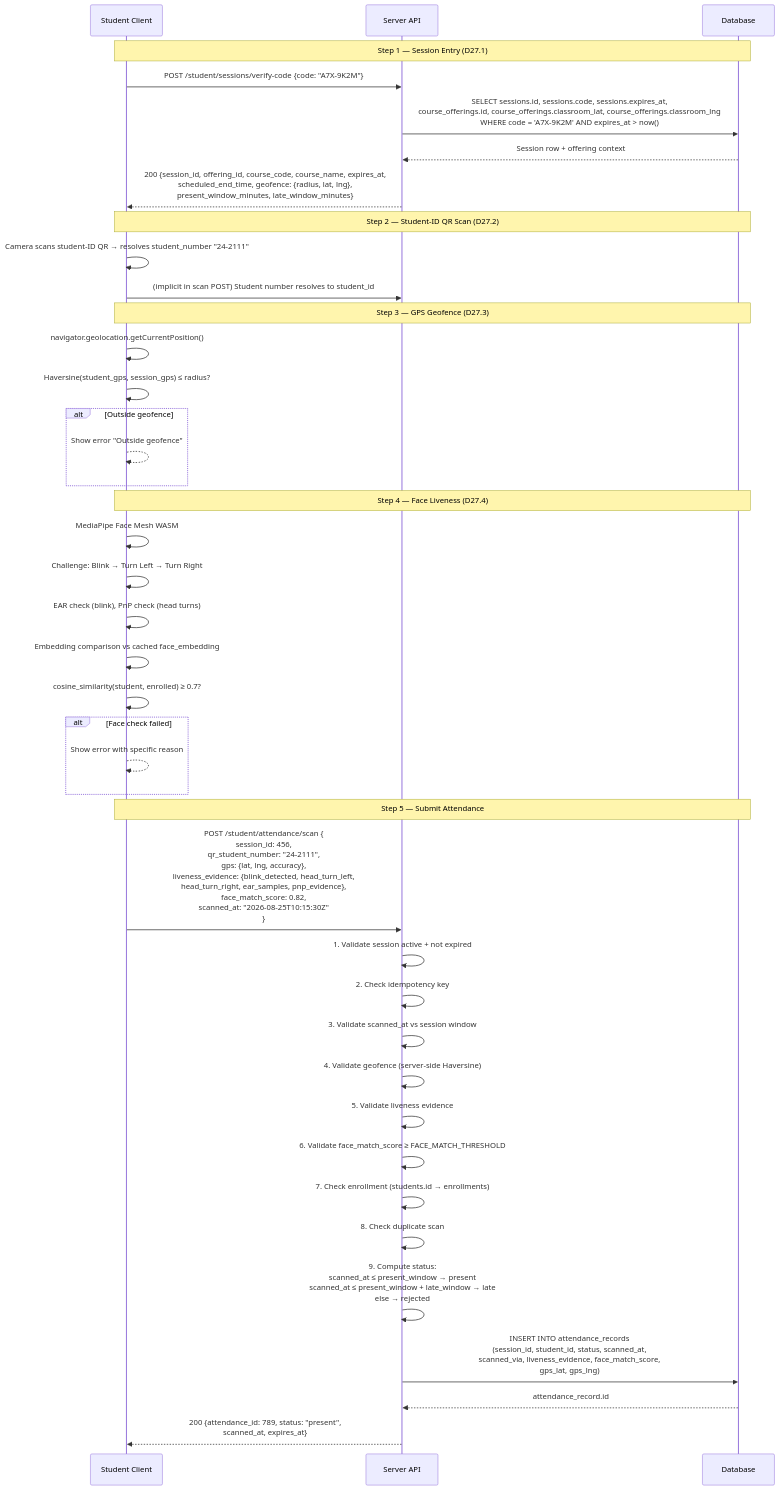
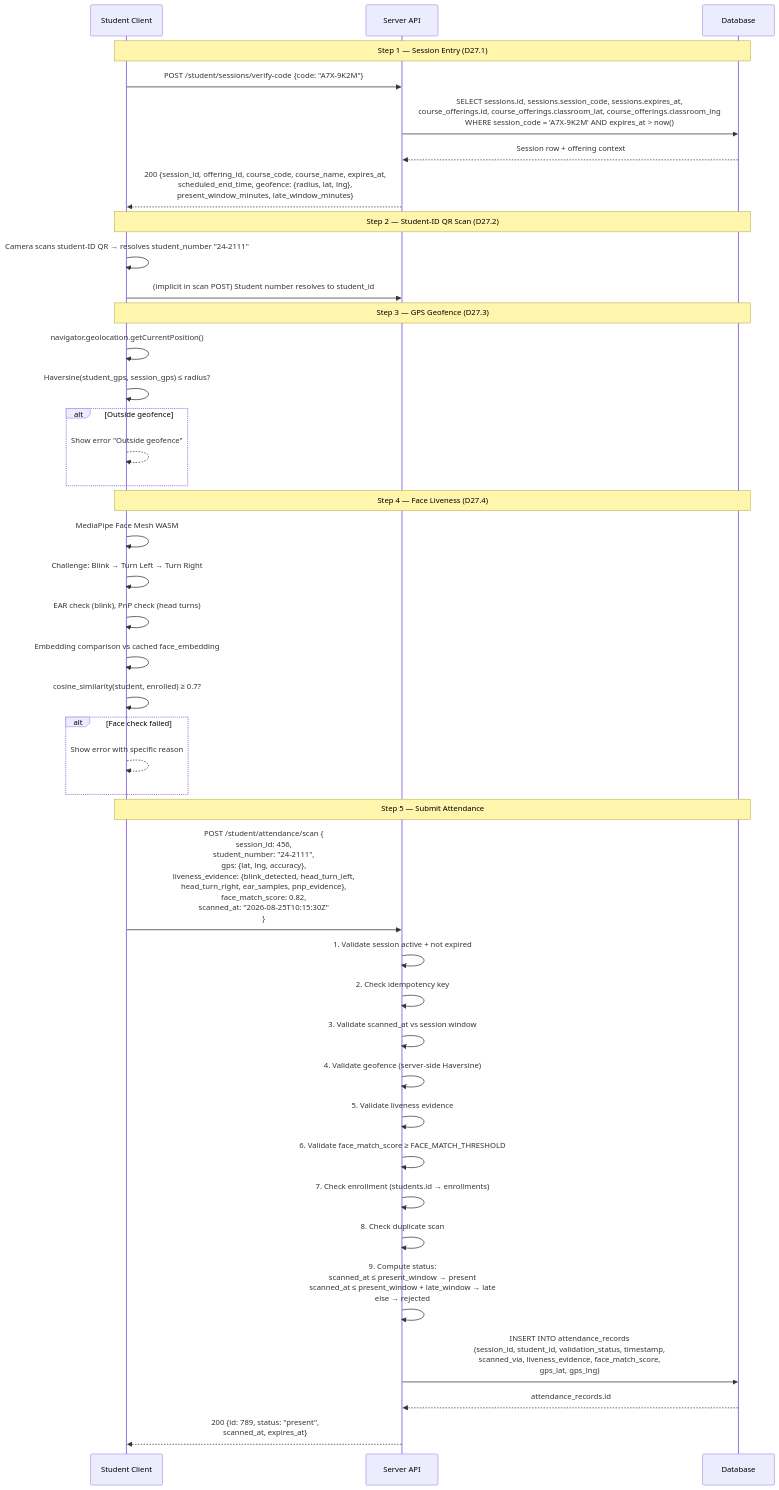
Before and after one commit to dhenji/qr_based_attendance_system: the first of 7 diagrams in docs/architecture/data-flow.md, drawn with Mermaid. The commit also changed other lines of this file and 47 other files, not shown here.

````diff
--- a/docs/architecture/data-flow.md
+++ b/docs/architecture/data-flow.md
@@ -10,57 +10,57 @@
 ```mermaid
 sequenceDiagram
     participant S as Student Client
     participant API as Server API
     participant DB as Database
 
     Note over S,DB: Step 1 — Session Entry (D27.1)
 
     S->>API: POST /student/sessions/verify-code {code: "A7X-9K2M"}
-    API->>DB: SELECT sessions.id, sessions.code, sessions.expires_at,<br>course_offerings.id, course_offerings.classroom_lat, course_offerings.classroom_lng<br>WHERE code = 'A7X-9K2M' AND expires_at > now()
+    API->>DB: SELECT sessions.id, sessions.session_code, sessions.expires_at,<br>course_offerings.id, course_offerings.classroom_lat, course_offerings.classroom_lng<br>WHERE session_code = 'A7X-9K2M' AND expires_at > now()
     DB-->>API: Session row + offering context
     API-->>S: 200 {session_id, offering_id, course_code, course_name, expires_at,<br>scheduled_end_time, geofence: {radius, lat, lng},<br>present_window_minutes, late_window_minutes}
 
     Note over S,DB: Step 2 — Student-ID QR Scan (D27.2)
 
     S->>S: Camera scans student-ID QR → resolves student_number "24-2111"
     S->>API: (implicit in scan POST) Student number resolves to student_id
 
     Note over S,DB: Step 3 — GPS Geofence (D27.3)
 
     S->>S: navigator.geolocation.getCurrentPosition()
     S->>S: Haversine(student_gps, session_gps) ≤ radius?
     alt Outside geofence
         S-->>S: Show error "Outside geofence"
     end
 
     Note over S,DB: Step 4 — Face Liveness (D27.4)
 
     S->>S: MediaPipe Face Mesh WASM
     S->>S: Challenge: Blink → Turn Left → Turn Right
     S->>S: EAR check (blink), PnP check (head turns)
     S->>S: Embedding comparison vs cached face_embedding
     S->>S: cosine_similarity(student, enrolled) ≥ 0.7?
     alt Face check failed
         S-->>S: Show error with specific reason
     end
 
     Note over S,DB: Step 5 — Submit Attendance
 
-    S->>API: POST /student/attendance/scan {<br>session_id: 456,<br>qr_student_number: "24-2111",<br>gps: {lat, lng, accuracy},<br>liveness_evidence: {blink_detected, head_turn_left,<br>head_turn_right, ear_samples, pnp_evidence},<br>face_match_score: 0.82,<br>scanned_at: "2026-08-25T10:15:30Z"<br>}
+    S->>API: POST /student/attendance/scan {<br>session_id: 456,<br>student_number: "24-2111",<br>gps: {lat, lng, accuracy},<br>liveness_evidence: {blink_detected, head_turn_left,<br>head_turn_right, ear_samples, pnp_evidence},<br>face_match_score: 0.82,<br>scanned_at: "2026-08-25T10:15:30Z"<br>}
 
     API->>API: 1. Validate session active + not expired
     API->>API: 2. Check idempotency key
     API->>API: 3. Validate scanned_at vs session window
     API->>API: 4. Validate geofence (server-side Haversine)
     API->>API: 5. Validate liveness evidence
     API->>API: 6. Validate face_match_score ≥ FACE_MATCH_THRESHOLD
     API->>API: 7. Check enrollment (students.id → enrollments)
     API->>API: 8. Check duplicate scan
 
     API->>API: 9. Compute status:<br>scanned_at ≤ present_window → present<br>scanned_at ≤ present_window + late_window → late<br>else → rejected
 
-    API->>DB: INSERT INTO attendance_records<br>(session_id, student_id, status, scanned_at,<br>scanned_via, liveness_evidence, face_match_score,<br>gps_lat, gps_lng)
-    DB-->>API: attendance_record.id
+    API->>DB: INSERT INTO attendance_records<br>(session_id, student_id, validation_status, timestamp,<br>scanned_via, liveness_evidence, face_match_score,<br>gps_lat, gps_lng)
+    DB-->>API: attendance_records.id
 
-    API-->>S: 200 {attendance_id: 789, status: "present",<br>scanned_at, expires_at}
+    API-->>S: 200 {id: 789, status: "present",<br>scanned_at, expires_at}
 ```
````
